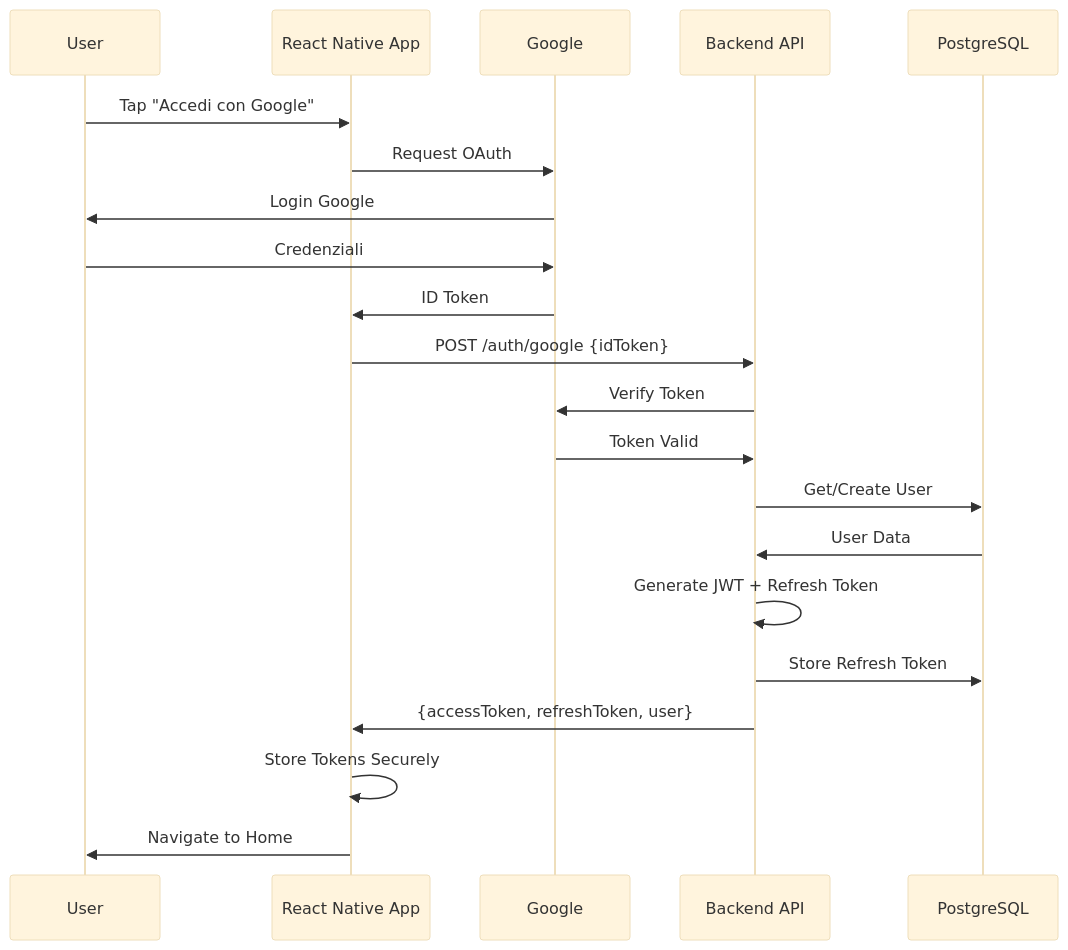
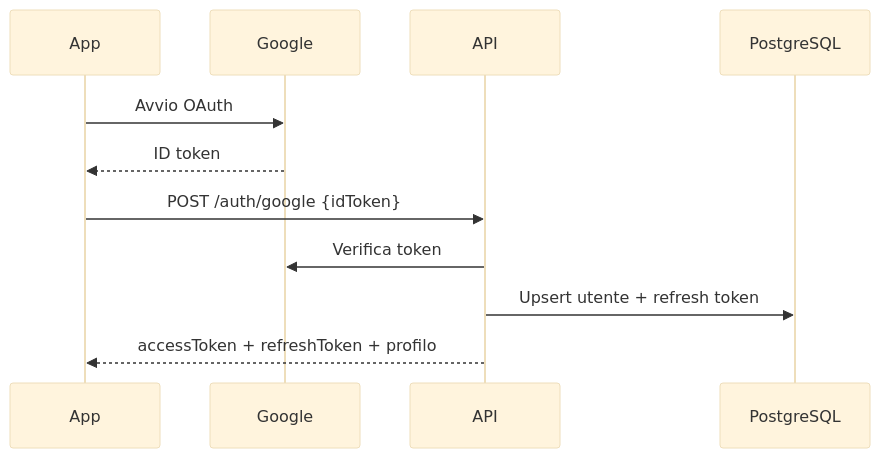
The second of 4 diagrams in docs/ARCHITECTURE.md (20031781/Shared-Expense-Management-App), drawn with Mermaid (base theme) before and after one commit. The commit also changed other lines of this file and 6 other files, not shown here.

Commit message:
Correggi documentazione su login Google

````diff
--- a/docs/ARCHITECTURE.md
+++ b/docs/ARCHITECTURE.md
@@ -47,24 +44,14 @@
 ```mermaid
 sequenceDiagram
-    participant User
-    participant App as React Native App
+    participant App
     participant Google
-    participant API as Backend API
+    participant API
     participant DB as PostgreSQL
 
-    User->>App: Tap "Accedi con Google"
-    App->>Google: Request OAuth
-    Google->>User: Login Google
-    User->>Google: Credenziali
-    Google->>App: ID Token
+    App->>Google: Avvio OAuth
+    Google-->>App: ID token
     App->>API: POST /auth/google {idToken}
-    API->>Google: Verify Token
-    Google->>API: Token Valid
-    API->>DB: Get/Create User
-    DB->>API: User Data
-    API->>API: Generate JWT + Refresh Token
-    API->>DB: Store Refresh Token
-    API->>App: {accessToken, refreshToken, user}
-    App->>App: Store Tokens Securely
-    App->>User: Navigate to Home
+    API->>Google: Verifica token
+    API->>DB: Upsert utente + refresh token
+    API-->>App: accessToken + refreshToken + profilo
 ```
````
